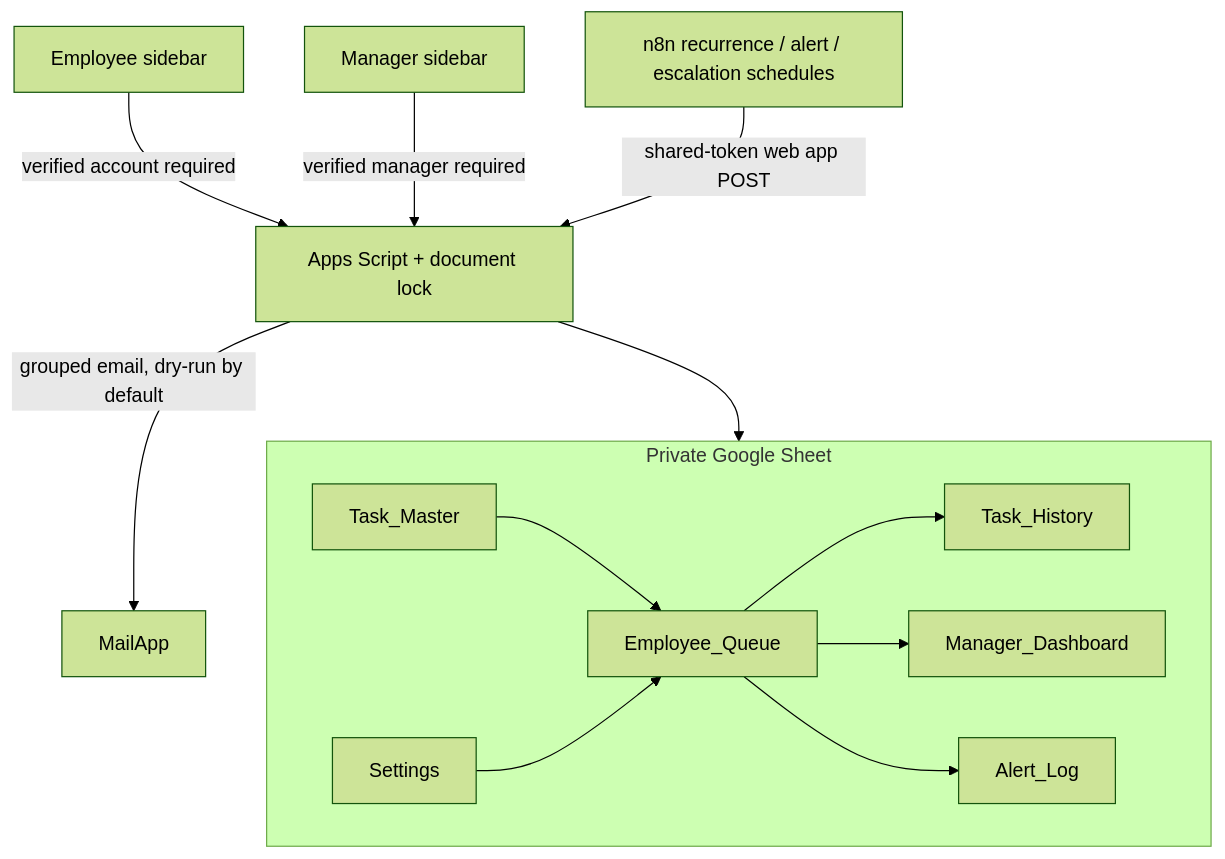
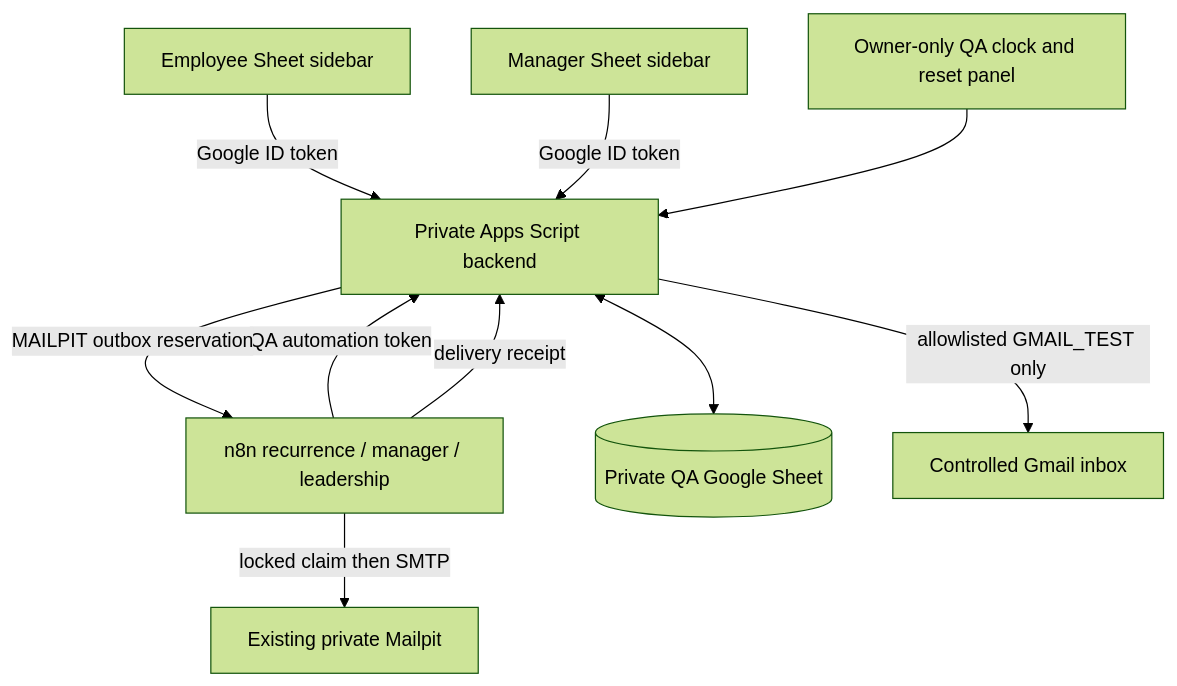
One commit to kabbersokhi-boop/recurring-ops-automation changed the diagram in docs/architecture.md. Above: the diagram before and after it, drawn with Mermaid (forest theme). The commit also changed other lines of this file and 59 other files, not shown here.

Commit message:
Deploy isolated QA flow and publish genuine integrated evidence

````diff
--- a/docs/architecture.md
+++ b/docs/architecture.md
@@ -3,15 +3,12 @@
 ```mermaid
 flowchart TB
-  subgraph Sheet[Private Google Sheet]
-    TM[Task_Master] --> Q[Employee_Queue]
-    Q --> H[Task_History]
-    Q --> D[Manager_Dashboard]
-    Q --> AL[Alert_Log]
-    ST[Settings] --> Q
-  end
-  ES[Employee sidebar] -->|verified account required| AS[Apps Script + document lock]
-  MS[Manager sidebar] -->|verified manager required| AS
-  N[n8n recurrence / alert / escalation schedules] -->|shared-token web app POST| AS
-  AS --> Sheet
-  AS -->|grouped email, dry-run by default| MAIL[MailApp]
+  E[Employee Sheet sidebar] -->|Google ID token| B[Private Apps Script backend]
+  M[Manager Sheet sidebar] -->|Google ID token| B
+  A[Owner-only QA clock and reset panel] --> B
+  N[n8n recurrence / manager / leadership] -->|QA automation token| B
+  B <--> S[(Private QA Google Sheet)]
+  B -->|MAILPIT outbox reservation| N
+  N -->|locked claim then SMTP| P[Existing private Mailpit]
+  N -->|delivery receipt| B
+  B -->|allowlisted GMAIL_TEST only| G[Controlled Gmail inbox]
 ```
````
